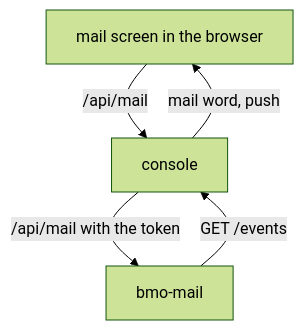
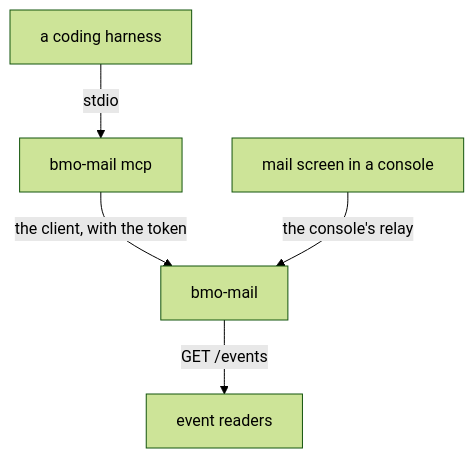
Before and after one commit to ahas/bmo-mail: the diagram in docs/api.md, drawn with Mermaid (forest theme). The commit also changed other lines of this file and 88 other files, not shown here.

````diff
--- a/docs/api.md
+++ b/docs/api.md
@@ -10,7 +11,7 @@
 ```mermaid
 flowchart TD
-  Screen[mail screen in the browser] -->|/api/mail| Console[console]
-  Console -->|/api/mail with the token| Service[bmo-mail]
-  Service -->|GET /events| Console
-  Console -->|mail word, push| Screen
+  Harness[a coding harness] -->|stdio| Mcp[bmo-mail mcp]
+  Mcp -->|the client, with the token| Service[bmo-mail]
+  Screen[mail screen in a console] -->|the console's relay| Service
+  Service -->|GET /events| Readers[event readers]
 ```
````
